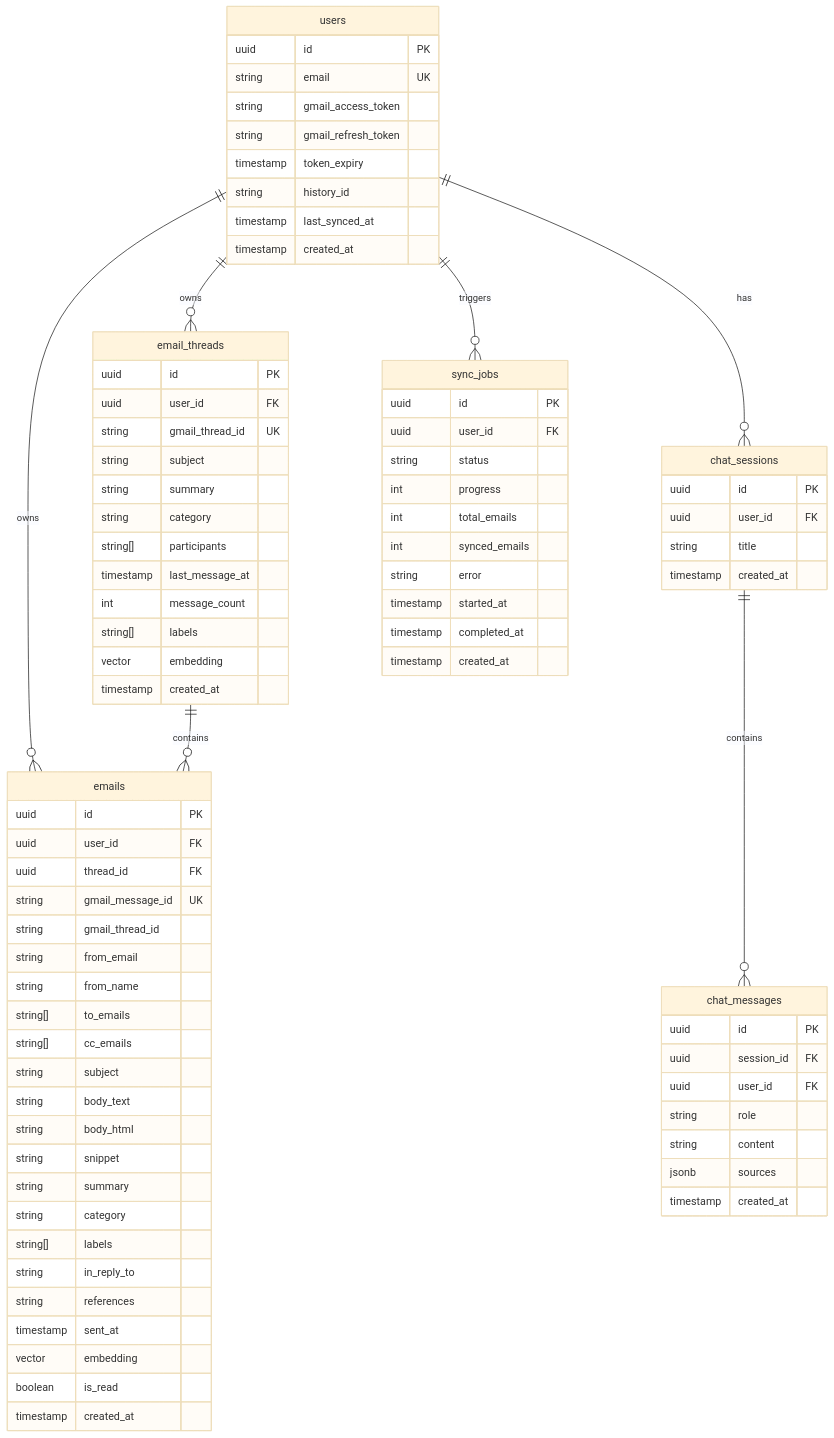
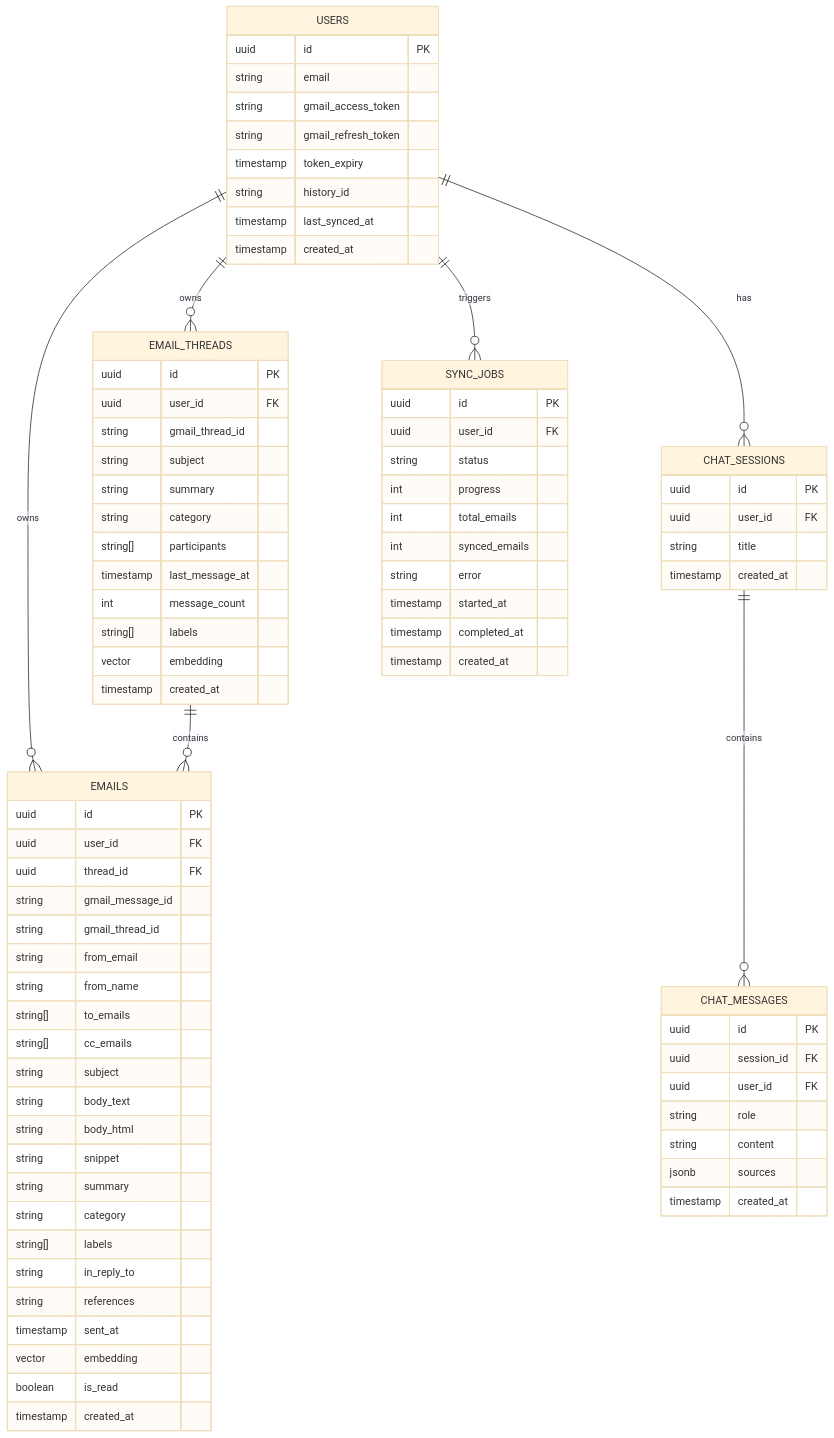
The diagram in Architecture.md (ssyam4191-rgb/AI-powered-Gmail-Intelligence-Platform), drawn with Mermaid (base theme) before and after one commit. The commit also changed other lines of this file and 6 other files, not shown here.

````diff
--- a/Architecture.md
+++ b/Architecture.md
@@ -58,15 +59,15 @@
 ```mermaid
 erDiagram
-    users ||--o{ email_threads : owns
-    users ||--o{ emails : owns
-    users ||--o{ chat_sessions : has
-    users ||--o{ sync_jobs : triggers
-    email_threads ||--o{ emails : contains
-    chat_sessions ||--o{ chat_messages : contains
+    USERS ||--o{ EMAIL_THREADS : owns
+    USERS ||--o{ EMAILS : owns
+    USERS ||--o{ CHAT_SESSIONS : has
+    USERS ||--o{ SYNC_JOBS : triggers
+    EMAIL_THREADS ||--o{ EMAILS : contains
+    CHAT_SESSIONS ||--o{ CHAT_MESSAGES : contains
 
-    users {
+    USERS {
         uuid id PK
-        string email UK
+        string email
         string gmail_access_token
         string gmail_refresh_token
         timestamp token_expiry
@@ -75,10 +76,10 @@
         timestamp created_at
     }
 
-    email_threads {
+    EMAIL_THREADS {
         uuid id PK
         uuid user_id FK
-        string gmail_thread_id UK
+        string gmail_thread_id
         string subject
         string summary
         string category
@@ -90,11 +91,11 @@
         timestamp created_at
     }
 
-    emails {
+    EMAILS {
         uuid id PK
         uuid user_id FK
         uuid thread_id FK
-        string gmail_message_id UK
+        string gmail_message_id
         string gmail_thread_id
         string from_email
         string from_name
@@ -115,14 +116,14 @@
         timestamp created_at
     }
 
-    chat_sessions {
+    CHAT_SESSIONS {
         uuid id PK
         uuid user_id FK
         string title
         timestamp created_at
     }
 
-    chat_messages {
+    CHAT_MESSAGES {
         uuid id PK
         uuid session_id FK
         uuid user_id FK
@@ -132,7 +133,7 @@
         timestamp created_at
     }
 
-    sync_jobs {
+    SYNC_JOBS {
         uuid id PK
         uuid user_id FK
         string status
````
